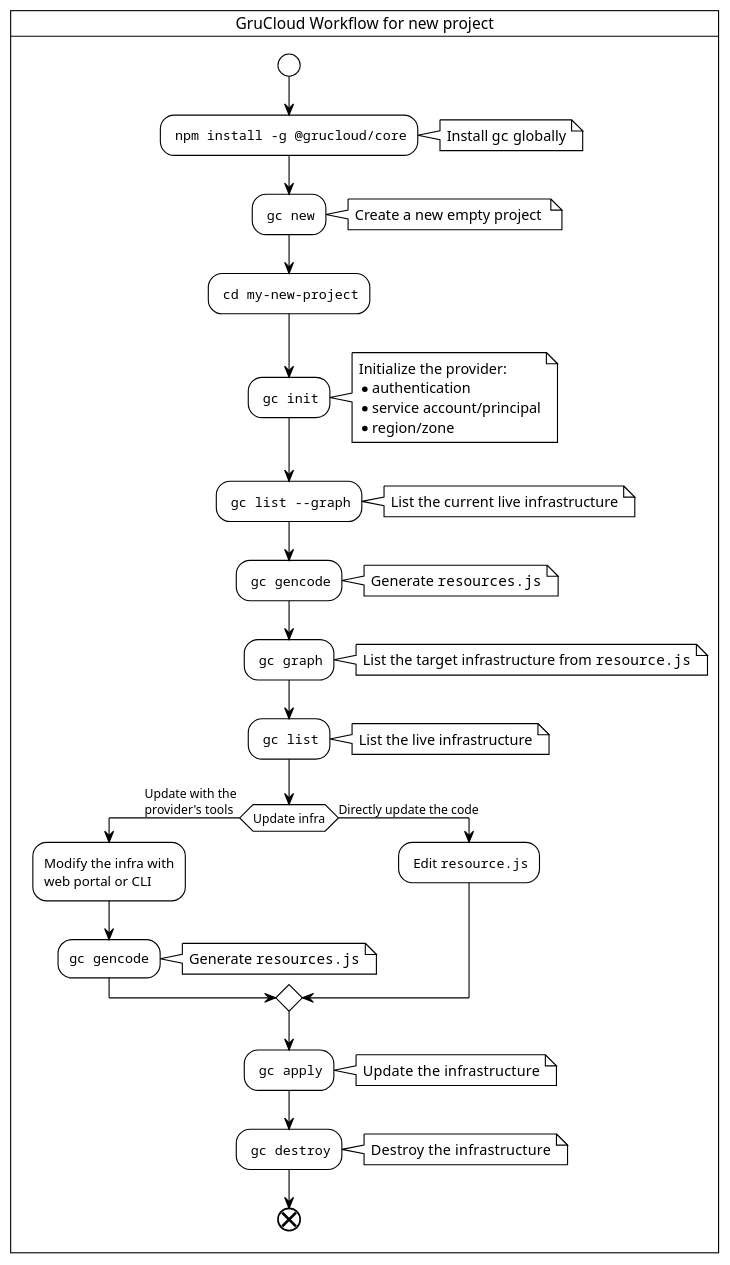
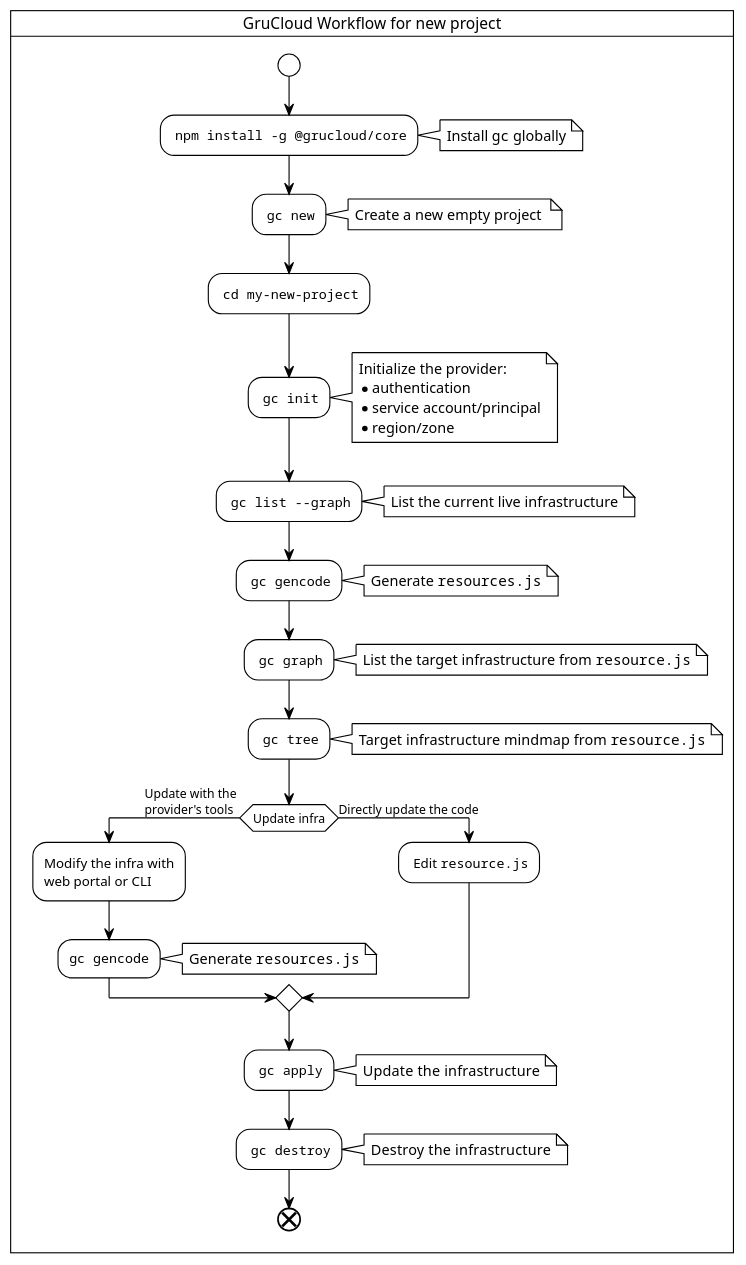
Before and after one commit to grucloud/grucloud: the diagram in docusaurus/plantuml/gc-new-workflow.puml, drawn with PlantUML. The commit also changed 9 other files, not shown here.

```diff
--- a/docusaurus/plantuml/gc-new-workflow.puml
+++ b/docusaurus/plantuml/gc-new-workflow.puml
@@ -1,63 +1,63 @@
 @startuml gc-new-workflow
 !theme plain
 
 skinparam svgLinkTarget _blank
 
 card "GruCloud Workflow for new project" {
 start
 : ""npm install -g @grucloud/core"";
 note right
 Install ""gc"" globally
 end note 
 
 : ""gc new"";
     note right
     Create a new empty project 
   end note 
 : ""cd my-new-project"";
 : ""gc init"";
 note right
 Initialize the provider:
 * authentication
 * service account/principal
 * region/zone
 end note 
 : ""gc list --graph"";
 note right
 List the current live infrastructure
 end note 
 : ""gc gencode"";
   note right
     Generate ""resources.js""
   end note 
 
 : ""gc graph"";
 note right
 List the target infrastructure from ""resource.js""
 end note 
 
-: ""gc list"";
+: ""gc tree"";
 note right
-List the live infrastructure
+Target infrastructure mindmap from ""resource.js""
 end note 
 if (Update infra) then (Update with the \nprovider's tools)
   :Modify the infra with\nweb portal or CLI;
   :""gc gencode"";
   note right
 Generate ""resources.js""
 end note 
 else (Directly update the code)
   : Edit ""resource.js"";
 endif
 : ""gc apply"";
 note right
 Update  the infrastructure
 end note 
 : ""gc destroy"";
 note right
 Destroy  the infrastructure
 end note 
 end
 
 }
 @enduml
```
